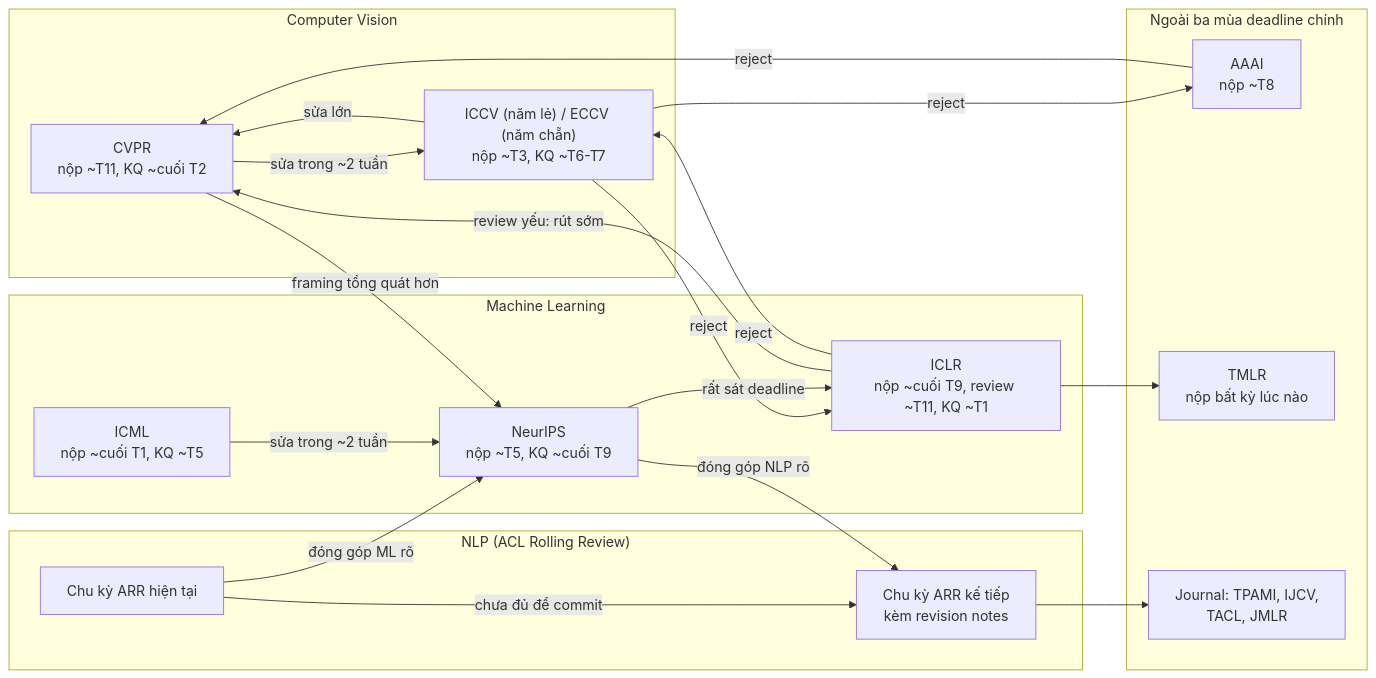
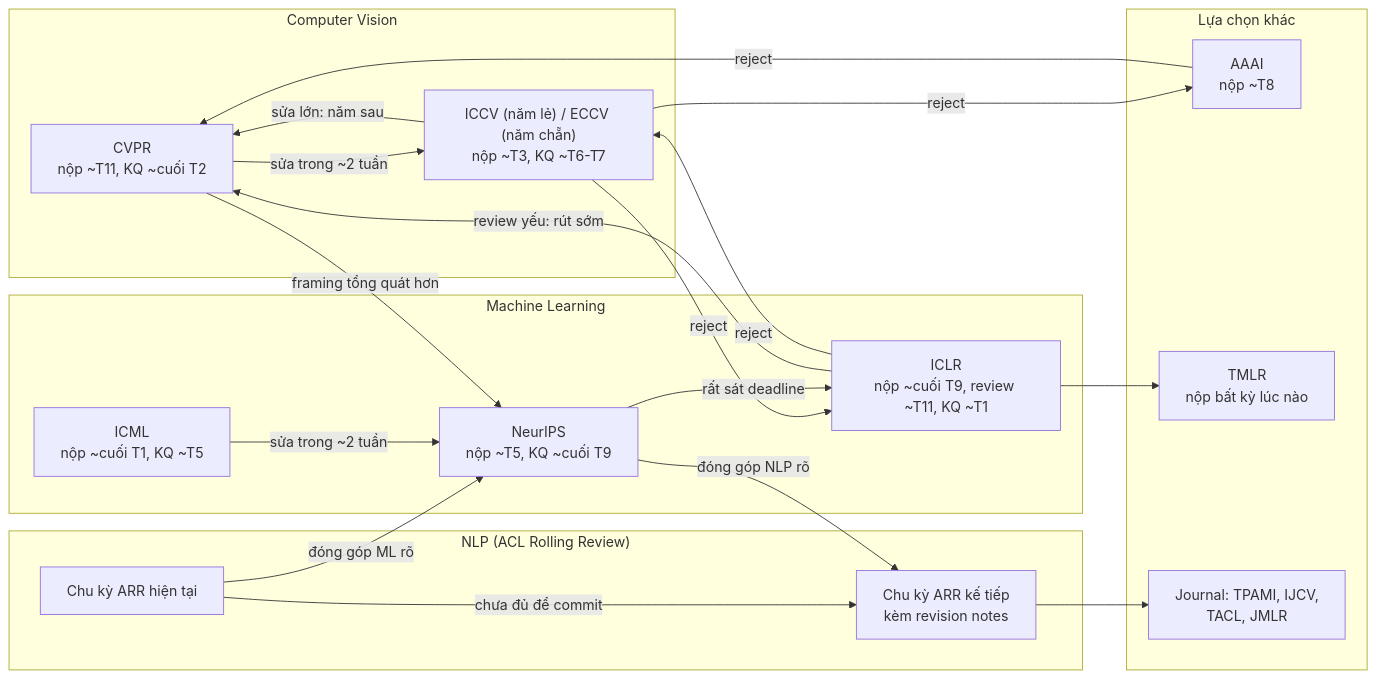
Before and after one commit to tuandung222/How-to-write-Astar-Paper: the diagram in docs/04-nop-va-sau-nop/reject.md, drawn with Mermaid. The commit also changed other lines of this file and 13 other files, not shown here.

````diff
--- a/docs/04-nop-va-sau-nop/reject.md
+++ b/docs/04-nop-va-sau-nop/reject.md
@@ -62,36 +62,36 @@
 ```mermaid
 flowchart LR
   subgraph CVG["Computer Vision"]
     CVPR["CVPR<br/>nộp ~T11, KQ ~cuối T2"]
     IE["ICCV (năm lẻ) / ECCV (năm chẵn)<br/>nộp ~T3, KQ ~T6-T7"]
   end
   subgraph MLG["Machine Learning"]
     ICML["ICML<br/>nộp ~cuối T1, KQ ~T5"]
     NIPS["NeurIPS<br/>nộp ~T5, KQ ~cuối T9"]
     ICLR["ICLR<br/>nộp ~cuối T9, review ~T11, KQ ~T1"]
   end
   subgraph NLPG["NLP (ACL Rolling Review)"]
     ARR["Chu kỳ ARR hiện tại"]
     ARR2["Chu kỳ ARR kế tiếp<br/>kèm revision notes"]
   end
-  subgraph OTH["Ngoài ba mùa deadline chính"]
+  subgraph OTH["Lựa chọn khác"]
     AAAI["AAAI<br/>nộp ~T8"]
     TMLR["TMLR<br/>nộp bất kỳ lúc nào"]
     JNL["Journal: TPAMI, IJCV,<br/>TACL, JMLR"]
   end
   CVPR -->|"sửa trong ~2 tuần"| IE
   CVPR -->|"framing tổng quát hơn"| NIPS
   IE -->|"reject"| AAAI
   IE -->|"reject"| ICLR
-  IE -->|"sửa lớn"| CVPR
+  IE -->|"sửa lớn: năm sau"| CVPR
   ICML -->|"sửa trong ~2 tuần"| NIPS
   NIPS -->|"rất sát deadline"| ICLR
   NIPS -->|"đóng góp NLP rõ"| ARR2
   ICLR -->|"review yếu: rút sớm"| CVPR
   ICLR -->|"reject"| IE
   ARR -->|"chưa đủ để commit"| ARR2
   ARR -->|"đóng góp ML rõ"| NIPS
   AAAI -->|"reject"| CVPR
   ARR2 --> JNL
   ICLR --> TMLR
 ```
````
